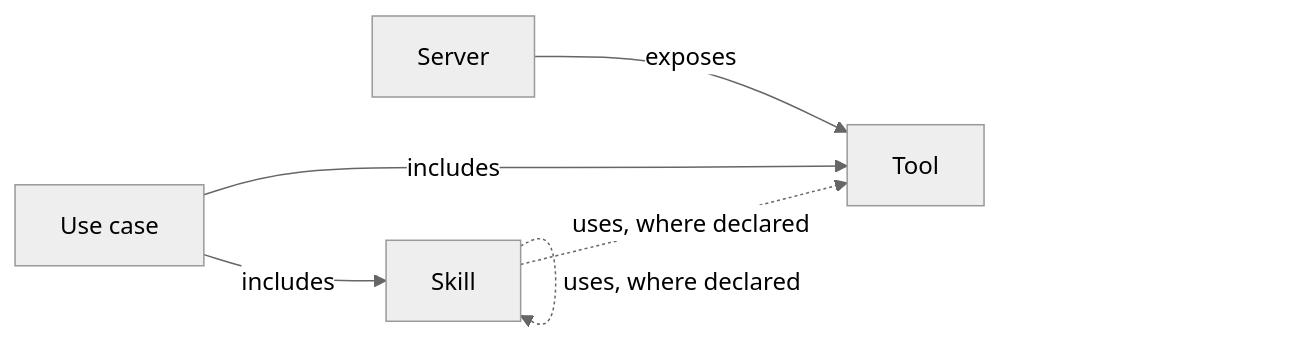
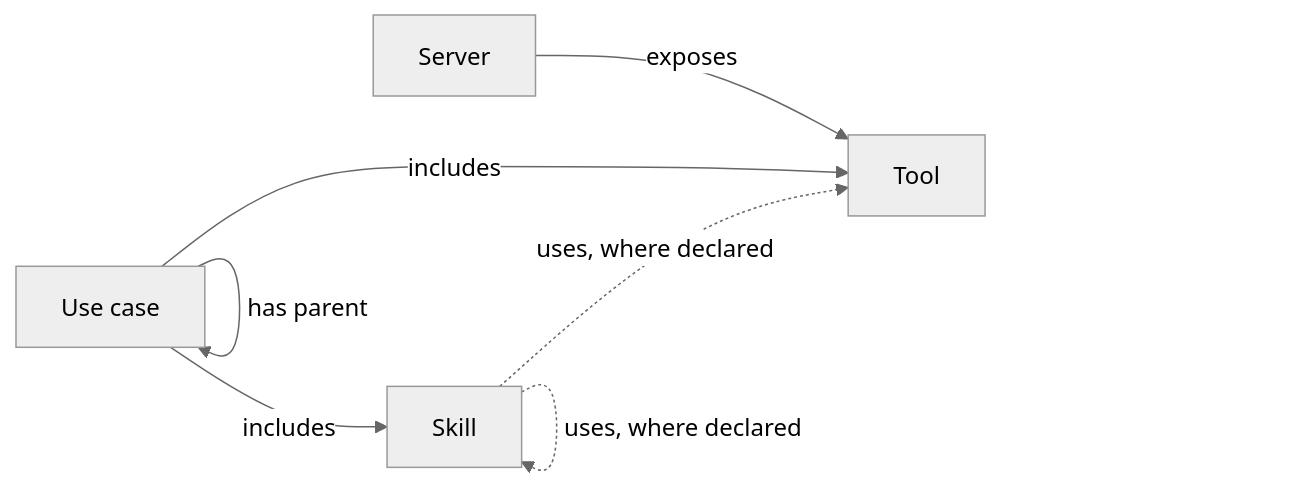
Before and after one commit to adrianB1996/mcp-gateway-registry: the first of 2 diagrams in docs/design/knowledge-graph-search.md, drawn with Mermaid (neutral theme). The commit also changed other lines of this file, not shown here.

````diff
--- a/docs/design/knowledge-graph-search.md
+++ b/docs/design/knowledge-graph-search.md
@@ -49,8 +60,9 @@
 ```mermaid
 graph LR
     SV[Server] -->|exposes| TL[Tool]
     UC[Use case] -->|includes| SK[Skill]
     UC -->|includes| TL
+    UC -->|has parent| UC
     SK -.->|uses, where declared| TL
     SK -.->|uses, where declared| SK
 ```
````
